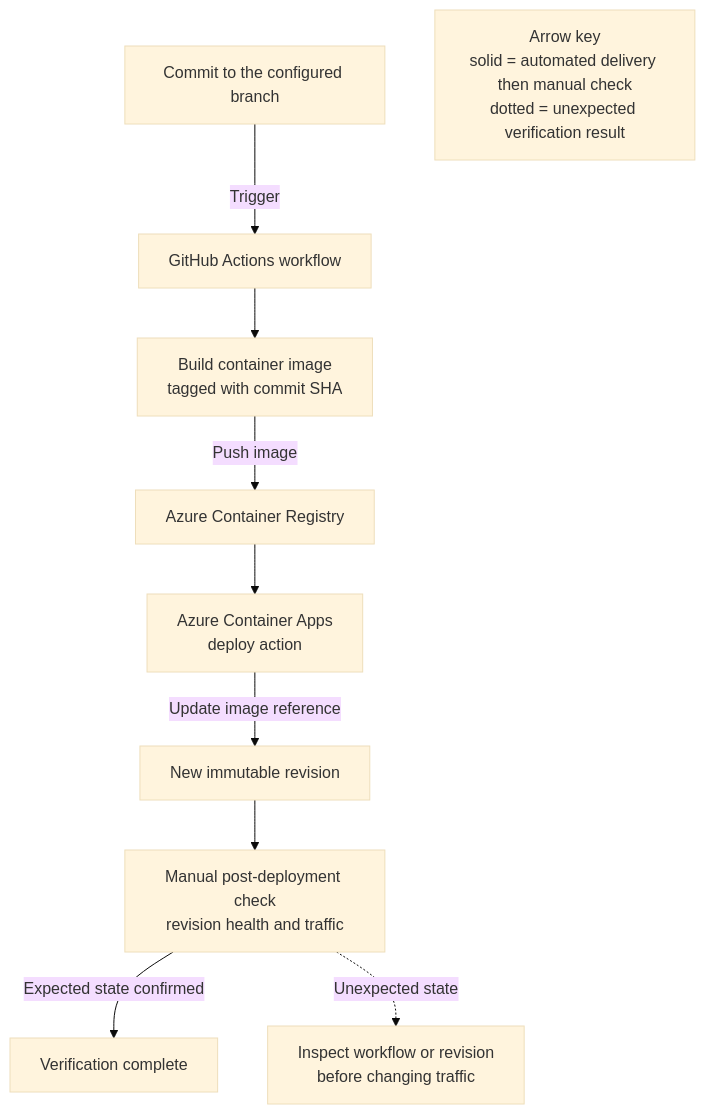
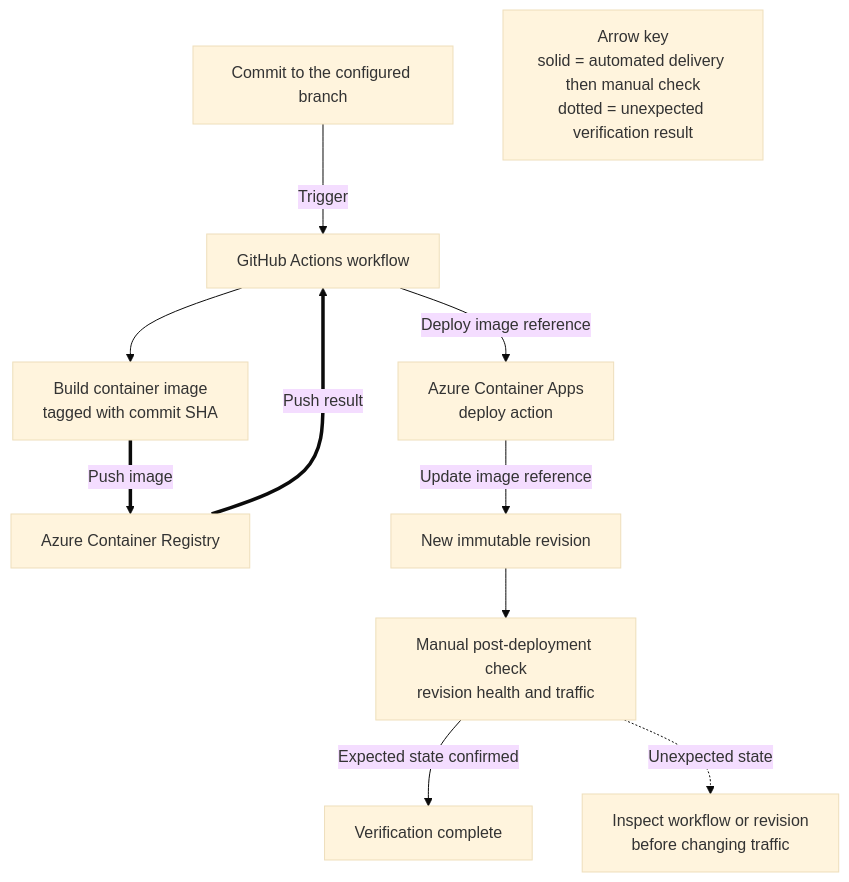
One commit to yeongseon/azure-container-apps-practical-guide changed the second of 2 diagrams in docs/language-guides/dotnet/tutorial/06-ci-cd.md. Above: the diagram before and after it, drawn with Mermaid (base theme). The commit also changed other lines of this file and 15 other files, not shown here.

First line of the commit message:
fix(diagrams): correct runtime, tutorial topology and CI/CD diagram paths and record review (#639)

````diff
--- a/docs/language-guides/dotnet/tutorial/06-ci-cd.md
+++ b/docs/language-guides/dotnet/tutorial/06-ci-cd.md
@@ -98,26 +80,27 @@
 ```mermaid
 flowchart TD
     accTitle: GitHub Actions delivery flow for the .NET container app
-    accDescr: A commit starts a workflow that builds a commit-tagged container image, pushes it to Azure Container Registry, and updates the container app. Tests are a recommended addition, while revision health and traffic are verified manually after deployment.
+    accDescr: A commit starts a workflow that builds a commit-tagged image and pushes it to Azure Container Registry. The workflow independently invokes the deploy action with that image reference; ACR returns the push result but does not initiate deployment. Revision health and traffic are then verified manually.
 
     COMMIT["Commit to the configured branch"]
     WORKFLOW["GitHub Actions workflow"]
     IMAGE["Build container image<br/>tagged with commit SHA"]
     ACR["Azure Container Registry"]
     DEPLOY["Azure Container Apps<br/>deploy action"]
     REVISION["New immutable revision"]
     VERIFY["Manual post-deployment check<br/>revision health and traffic"]
     COMPLETE["Verification complete"]
     INVESTIGATE["Inspect workflow or revision<br/>before changing traffic"]
 
     COMMIT -->|"Trigger"| WORKFLOW
     WORKFLOW --> IMAGE
-    IMAGE -->|"Push image"| ACR
-    ACR --> DEPLOY
+    IMAGE ==>|"Push image"| ACR
+    ACR ==>|"Push result"| WORKFLOW
+    WORKFLOW -->|"Deploy image reference"| DEPLOY
     DEPLOY -->|"Update image reference"| REVISION
     REVISION --> VERIFY
     VERIFY -->|"Expected state confirmed"| COMPLETE
     VERIFY -.->|"Unexpected state"| INVESTIGATE
 
     LEGEND["Arrow key<br/>solid = automated delivery then manual check<br/>dotted = unexpected verification result"]
 ```
````
